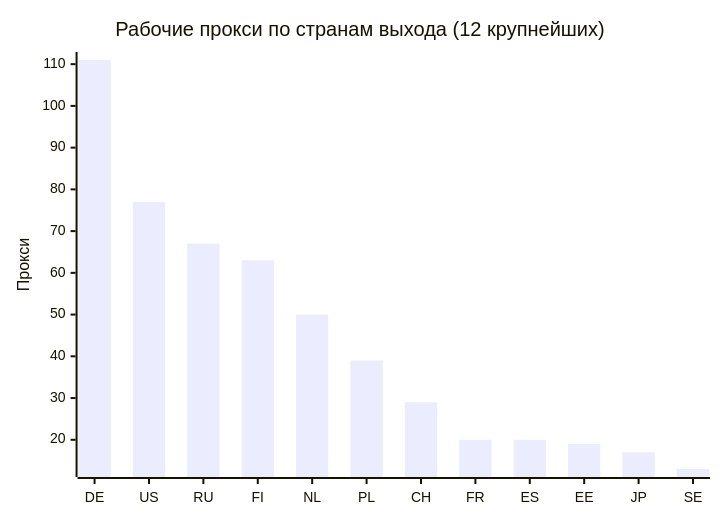
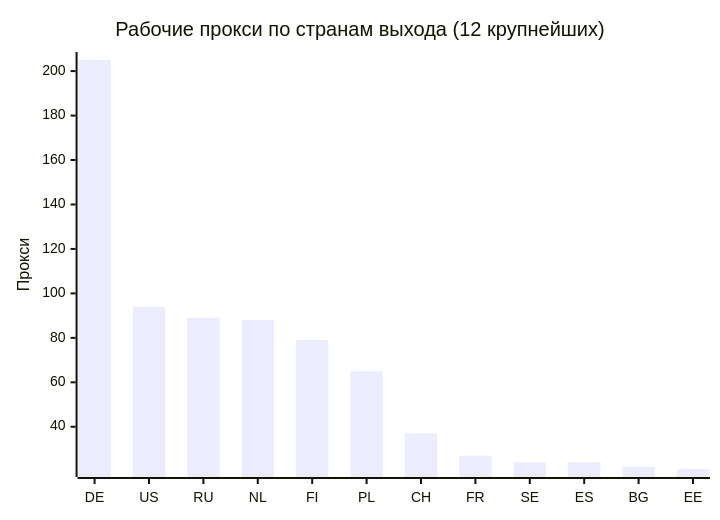
Before and after one commit to rvvg/proxy-subs: the second of 4 diagrams in README.md, drawn with Mermaid. The commit also changed other lines of this file and 49 other files, not shown here.

````diff
--- a/README.md
+++ b/README.md
@@ -129,7 +130,7 @@
 ```mermaid
 xychart-beta
     title "Рабочие прокси по странам выхода (12 крупнейших)"
-    x-axis ["DE", "US", "RU", "FI", "NL", "PL", "CH", "FR", "ES", "EE", "JP", "SE"]
+    x-axis ["DE", "US", "RU", "NL", "FI", "PL", "CH", "FR", "SE", "ES", "BG", "EE"]
     y-axis "Прокси"
-    bar [111, 77, 67, 63, 50, 39, 29, 20, 20, 19, 17, 13]
+    bar [205, 94, 89, 88, 79, 65, 37, 27, 24, 24, 22, 21]
 ```
````
